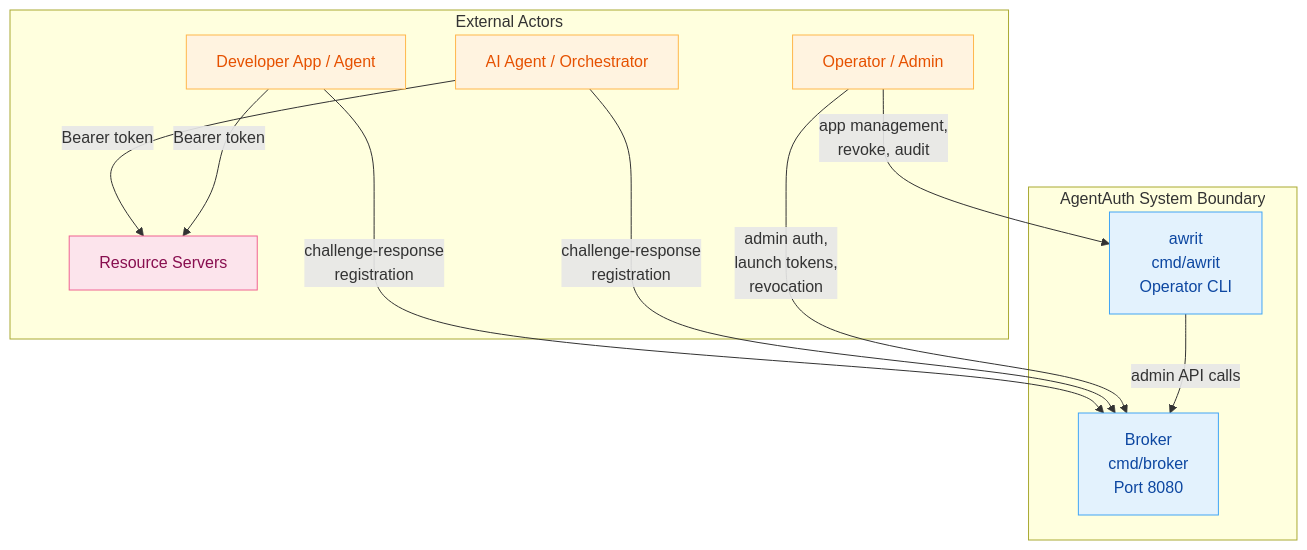
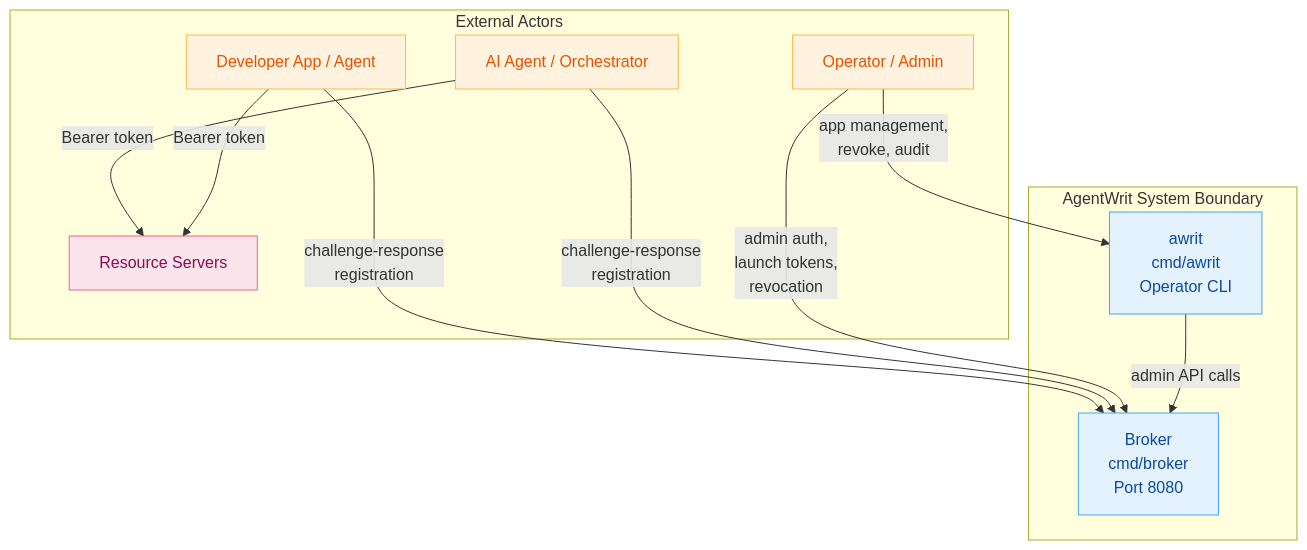
One commit to devonartis/agentwrit changed the first of 7 diagrams in docs/architecture.md. Above: the diagram before and after it, drawn with Mermaid. The commit also changed other lines of this file and 19 other files, not shown here.

````diff
--- a/docs/architecture.md
+++ b/docs/architecture.md
@@ -17,30 +17,30 @@
 ```mermaid
 flowchart TB
     subgraph External Actors
         DEV["Developer App / Agent"]
         AGENT["AI Agent / Orchestrator"]
         ADMIN["Operator / Admin"]
         RS["Resource Servers"]
     end
 
-    subgraph AgentAuth["AgentAuth System Boundary"]
+    subgraph AgentWrit["AgentWrit System Boundary"]
         BROKER["Broker\ncmd/broker\nPort 8080"]
         AACTL["awrit\ncmd/awrit\nOperator CLI"]
     end
 
     DEV -- "challenge-response\nregistration" --> BROKER
     AGENT -- "challenge-response\nregistration" --> BROKER
     ADMIN -- "admin auth,\nlaunch tokens,\nrevocation" --> BROKER
     ADMIN -- "app management,\nrevoke, audit" --> AACTL
     AACTL -- "admin API calls" --> BROKER
     AGENT -- "Bearer token" --> RS
     DEV -- "Bearer token" --> RS
 
     classDef external fill:#fff3e0,stroke:#ffb74d,color:#e65100
     classDef control fill:#e3f2fd,stroke:#42a5f5,color:#0d47a1
     classDef resource fill:#fce4ec,stroke:#f06292,color:#880e4f
 
     class DEV,AGENT,ADMIN external
     class BROKER,AACTL control
     class RS resource
 ```
````
